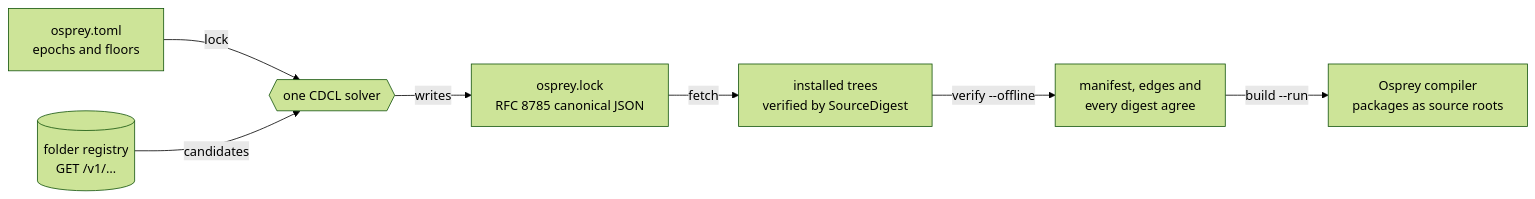
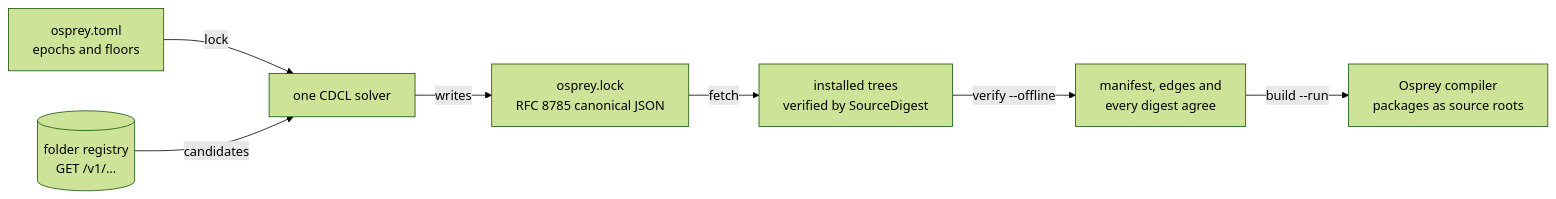
The diagram in website/src/docs/package-manager.md (Nimblesite/osprey), drawn with Mermaid (forest theme) before and after one commit. The commit also changed 269 other files, not shown here.

````diff
--- a/website/src/docs/package-manager.md
+++ b/website/src/docs/package-manager.md
@@ -55,9 +55,9 @@
 ```mermaid
 flowchart LR
-  M["osprey.toml<br/>epochs and floors"] -->|lock| S{{"one CDCL solver"}}
+  M["osprey.toml<br/>epochs and floors"] -->|lock| S["one CDCL solver"]
   R[("folder registry<br/>GET /v1/…")] -->|candidates| S
   S -->|writes| L["osprey.lock<br/>RFC 8785 canonical JSON"]
   L -->|fetch| P["installed trees<br/>verified by SourceDigest"]
   P -->|verify --offline| V["manifest, edges and<br/>every digest agree"]
   V -->|build --run| C["Osprey compiler<br/>packages as source roots"]
 ```
````
